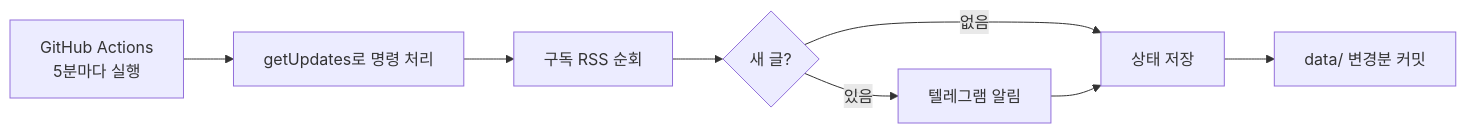
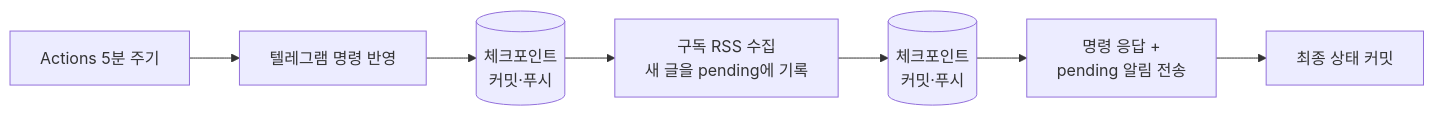
The diagram in README.md (nanlo93/rss-telegram-bot), drawn with Mermaid before and after one commit. The commit also changed other lines of this file and 6 other files, not shown here.

````diff
--- a/README.md
+++ b/README.md
@@ -22,10 +22,9 @@
 ```mermaid
 flowchart LR
-    A[GitHub Actions<br/>5분마다 실행] --> B[getUpdates로 명령 처리]
-    B --> C[구독 RSS 순회]
-    C --> D{새 글?}
-    D -- 있음 --> E[텔레그램 알림]
-    D -- 없음 --> F[상태 저장]
-    E --> F
-    F --> G[data/ 변경분 커밋]
+    A[Actions 5분 주기] --> B[텔레그램 명령 반영]
+    B --> C1[("체크포인트<br/>커밋·푸시")]
+    C1 --> D[구독 RSS 수집<br/>새 글을 pending에 기록]
+    D --> C2[("체크포인트<br/>커밋·푸시")]
+    C2 --> E[명령 응답 +<br/>pending 알림 전송]
+    E --> F[최종 상태 커밋]
 ```
````
